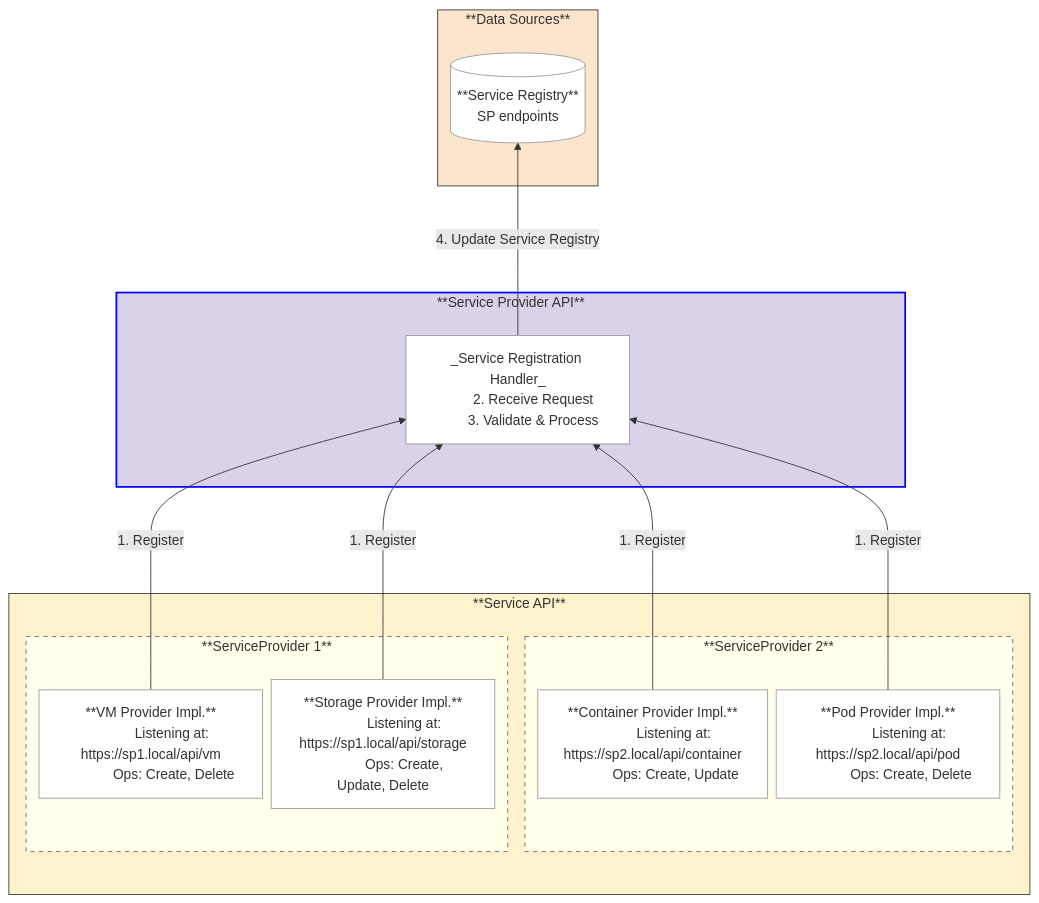
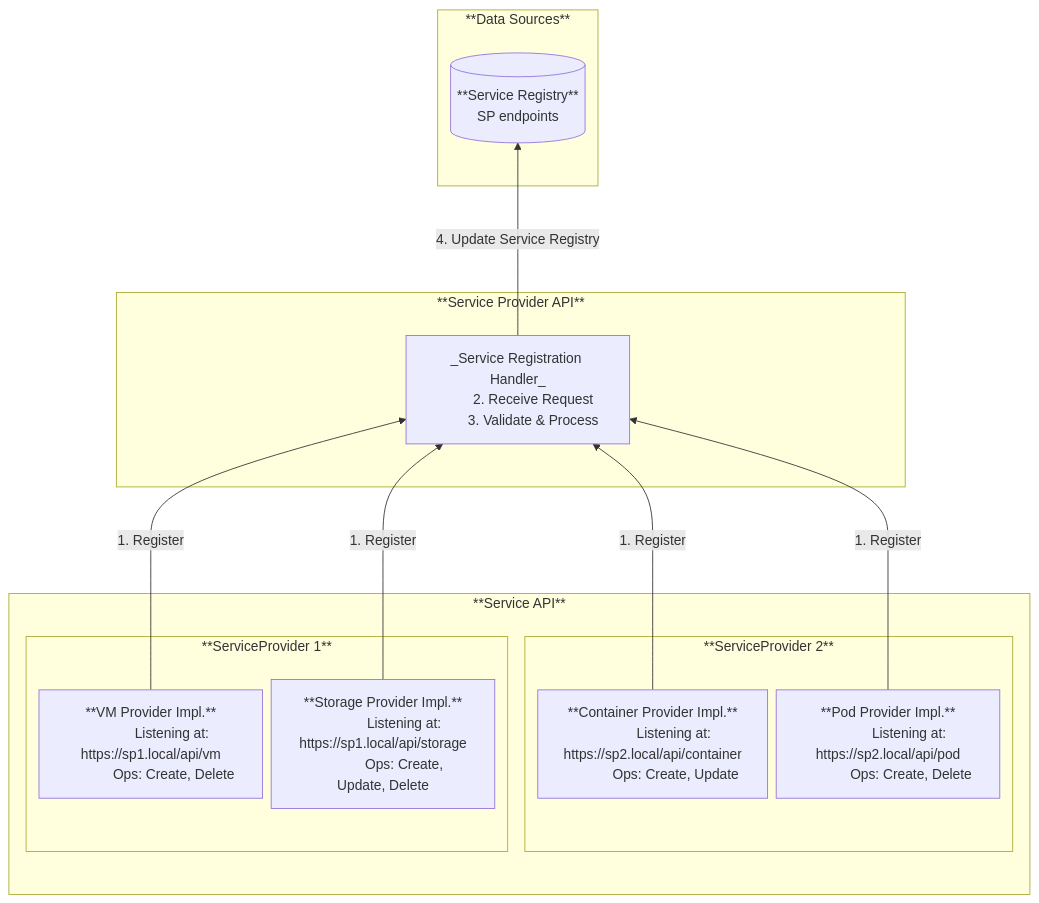
One commit to dcm-project/enhancements changed the first of 3 diagrams in enhancements/sp-registration-flow/sp-registration-flow.md. Above: the diagram before and after it, drawn with Mermaid. The commit also changed other lines of this file, not shown here.

First line of the commit message:
Remove custom Mermaid styles for website compatibility

````diff
--- a/enhancements/sp-registration-flow/sp-registration-flow.md
+++ b/enhancements/sp-registration-flow/sp-registration-flow.md
@@ -98,48 +98,37 @@
 ```mermaid
 %%{init: {'flowchart': {'rankSpacing': 100, 'nodeSpacing': 10}}}%%
 flowchart BT
-    classDef mainContainer fill:#fff2cc,stroke:#333,stroke-width:1px
-    classDef dataSource fill:#fce5cd,stroke:#333,stroke-width:1px
-    classDef apiLayer fill:#d9d2e9,stroke:blue,stroke-width:2px
-    classDef innerBox fill:#ffffff,stroke:#999,stroke-width:1px
-    classDef lightContainer fill:#ffffeb,stroke:#666,stroke-width:1px,stroke-dasharray: 5 5
-
     subgraph Data_Sources [**Data Sources**]
-        DB[("**Service Registry**<br/>SP endpoints")]:::innerBox
+        DB[("**Service Registry**<br/>SP endpoints")]
     end
 
     subgraph API_Block [**Service Provider API**]
         Handler["_Service Registration Handler_
         2. Receive Request
-        3. Validate & Process"]:::innerBox
+        3. Validate & Process"]
     end
 
     subgraph Service_API [**Service API**<br/><br/> ]
 
         subgraph SP1 [**ServiceProvider 1**<br/>]
             VM_Prov["**VM Provider Impl.**
             Listening at: https://sp1.local/api/vm
-            Ops: Create, Delete"]:::innerBox
+            Ops: Create, Delete"]
             Storage_Prov["**Storage Provider Impl.**
             Listening at: https://sp1.local/api/storage
-            Ops: Create, Update, Delete"]:::innerBox
+            Ops: Create, Update, Delete"]
         end
 
         subgraph SP2 [**ServiceProvider 2**<br/>]
             Container_Prov["**Container Provider Impl.**
             Listening at: https://sp2.local/api/container
-            Ops: Create, Update"]:::innerBox
+            Ops: Create, Update"]
             Pod_Prov["**Pod Provider Impl.**
             Listening at: https://sp2.local/api/pod
-            Ops: Create, Delete"]:::innerBox
+            Ops: Create, Delete"]
         end
     end
 
     VM_Prov & Storage_Prov & Container_Prov & Pod_Prov -- 1. Register --> Handler
     Handler -- 4. Update Service Registry --> DB
-
-    class Data_Sources dataSource
-    class API_Block apiLayer
-    class Service_API mainContainer
-    class SP1,SP2 lightContainer
 ```
````
